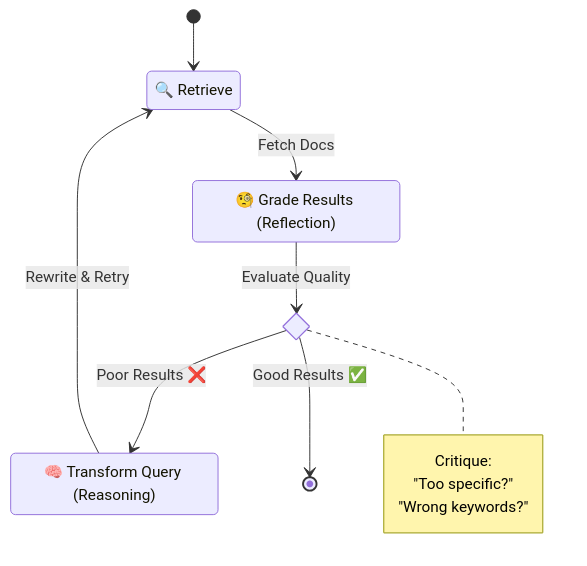
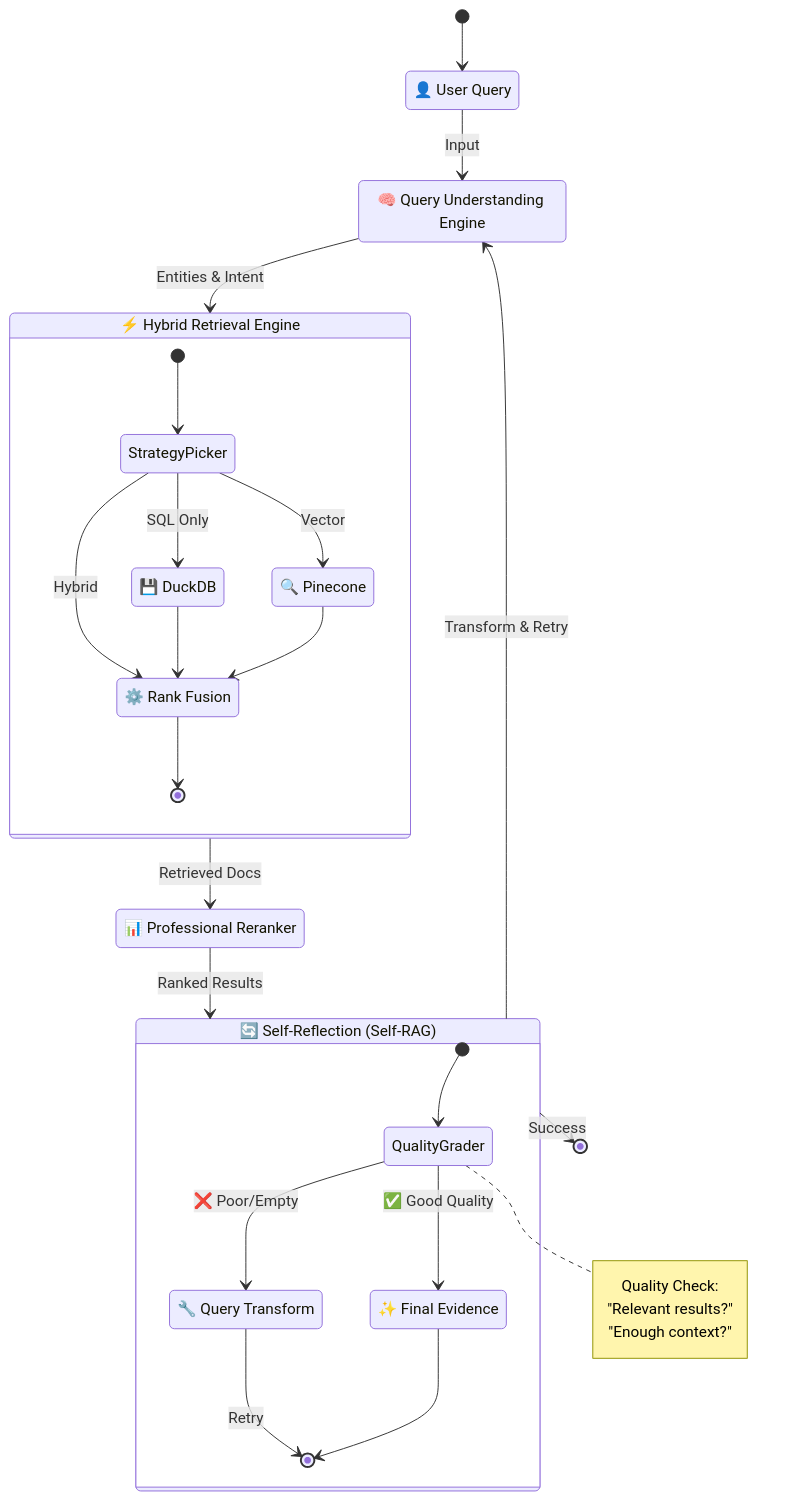
One commit to EminDurmuSS/finn-chatbot changed the second of 3 diagrams in README.md. Above: the diagram before and after it, drawn with Mermaid.

Commit message:
Update state diagram in README.md

````diff
--- a/README.md
+++ b/README.md
@@ -106,24 +106,58 @@
 ```mermaid
 stateDiagram-v2
-    [*] --> Retrieve
+    [*] --> UserQuery
     
-    state "🔍 Retrieve" as Retrieve
-    state "🧐 Grade Results (Reflection)" as Grade
-    state "🧠 Transform Query (Reasoning)" as Transform
+    state "👤 User Query" as UserQuery
+    state "🧠 Query Understanding Engine" as NLU
+    state "⚡ Hybrid Retrieval Engine" as Retrieval
+    state "📊 Professional Reranker" as Reranker
+    state "🔄 Self-Reflection (Self-RAG)" as SelfRAG
     
-    Retrieve --> Grade: Fetch Docs
+    UserQuery --> NLU: Input
+    NLU --> Retrieval: Entities & Intent
     
-    state if_grade <<choice>>
-    Grade --> if_grade: Evaluate Quality
+    state Retrieval {
+        [*] --> StrategyPicker
+        
+        state StrategyPicker <<choice>>
+        state "💾 DuckDB" as DuckDB
+        state "🔍 Pinecone" as Pinecone
+        state "⚙️ Rank Fusion" as Fusion
+        
+        StrategyPicker --> DuckDB: SQL Only
+        StrategyPicker --> Pinecone: Vector
+        StrategyPicker --> Fusion: Hybrid
+        
+        DuckDB --> Fusion
+        Pinecone --> Fusion
+        
+        Fusion --> [*]
+    }
     
-    if_grade --> [*]: Good Results ✅
-    if_grade --> Transform: Poor Results ❌
+    Retrieval --> Reranker: Retrieved Docs
+    Reranker --> SelfRAG: Ranked Results
     
-    note right of if_grade
-      Critique:
-      "Too specific?"
-      "Wrong keywords?"
+    state SelfRAG {
+        [*] --> QualityGrader
+        
+        state QualityGrader <<choice>>
+        state "🔧 Query Transform" as Transform
+        
+        QualityGrader --> Transform: ❌ Poor/Empty
+        QualityGrader --> FinalResults: ✅ Good Quality
+        
+        Transform --> [*]: Retry
+        
+        state "✨ Final Evidence" as FinalResults
+        FinalResults --> [*]
+    }
+    
+    note right of QualityGrader
+        Quality Check:
+        "Relevant results?"
+        "Enough context?"
     end note
     
-    Transform --> Retrieve: Rewrite & Retry
+    SelfRAG --> NLU: Transform & Retry
+    SelfRAG --> [*]: Success
 ```
````
